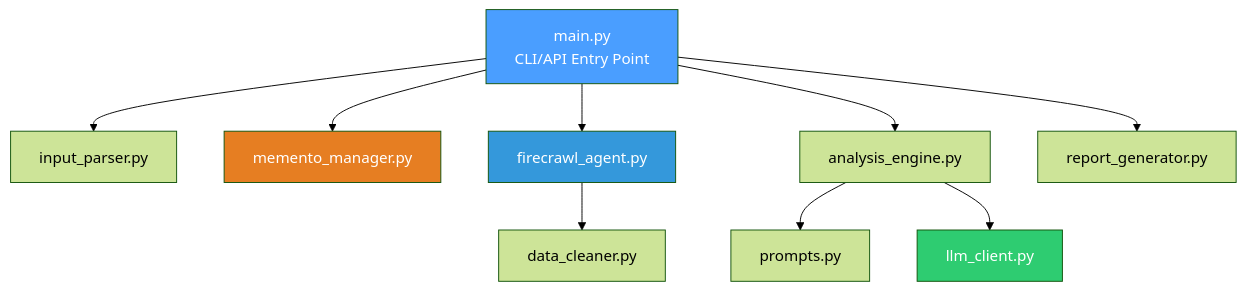
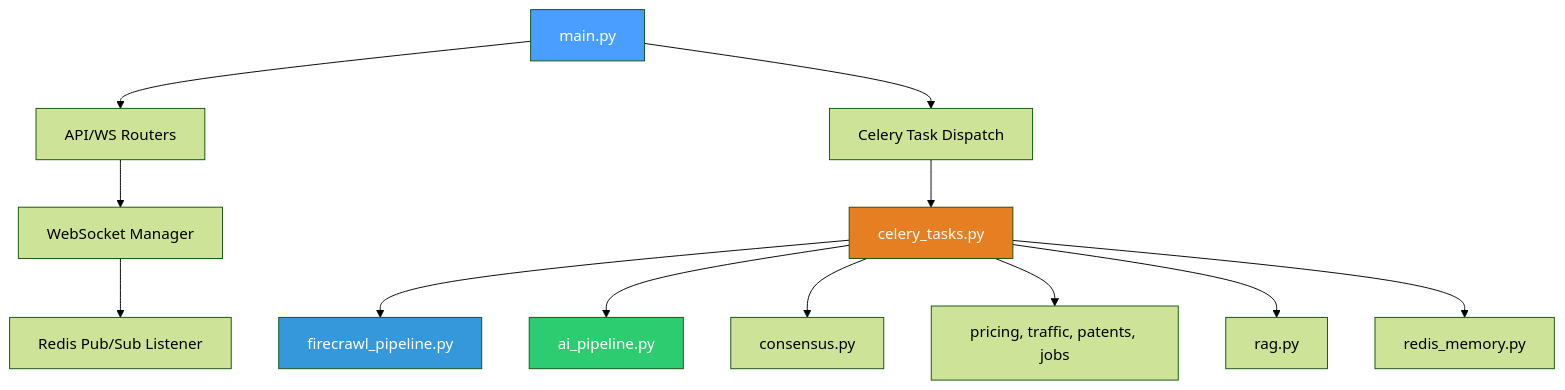
One commit to rohithuppala-code/Startup_Scope_AI changed the second of 2 diagrams in Architecture.md. Above: the diagram before and after it, drawn with Mermaid (forest theme). The commit also changed other lines of this file and 1 other file, not shown here.

Commit message:
readme and architecture edits

````diff
--- a/Architecture.md
+++ b/Architecture.md
@@ -193,19 +115,21 @@
 ```mermaid
 graph TD
-    MAIN[main.py<br/>CLI/API Entry Point] --> PARSER[input_parser.py]
-    MAIN --> MEMENTO[memento_manager.py]
-    MAIN --> CRAWL[firecrawl_agent.py]
-    MAIN --> ENGINE[analysis_engine.py]
+    MAIN[main.py] --> ROUTER[API/WS Routers]
+    MAIN --> CELERY[Celery Task Dispatch]
+    ROUTER --> WS_MGR[WebSocket Manager]
+    WS_MGR --> LISTENER[Redis Pub/Sub Listener]
     
-    CRAWL --> CLEAN[data_cleaner.py]
+    CELERY --> ORCHESTRATOR[celery_tasks.py]
     
-    ENGINE --> PROMPT[prompts.py]
-    ENGINE --> LLM[llm_client.py]
-    
-    MAIN --> REPORT[report_generator.py]
+    ORCHESTRATOR --> FC[firecrawl_pipeline.py]
+    ORCHESTRATOR --> AI[ai_pipeline.py]
+    ORCHESTRATOR --> CONSENSUS[consensus.py]
+    ORCHESTRATOR --> DATA[pricing, traffic, patents, jobs]
+    ORCHESTRATOR --> RAG[rag.py]
+    ORCHESTRATOR --> MEM[redis_memory.py]
 
     style MAIN fill:#4a9eff,color:#fff
-    style CRAWL fill:#3498db,color:#fff
-    style LLM fill:#2ecc71,color:#fff
-    style MEMENTO fill:#e67e22,color:#fff
+    style ORCHESTRATOR fill:#e67e22,color:#fff
+    style AI fill:#2ecc71,color:#fff
+    style FC fill:#3498db,color:#fff
 ```
````
